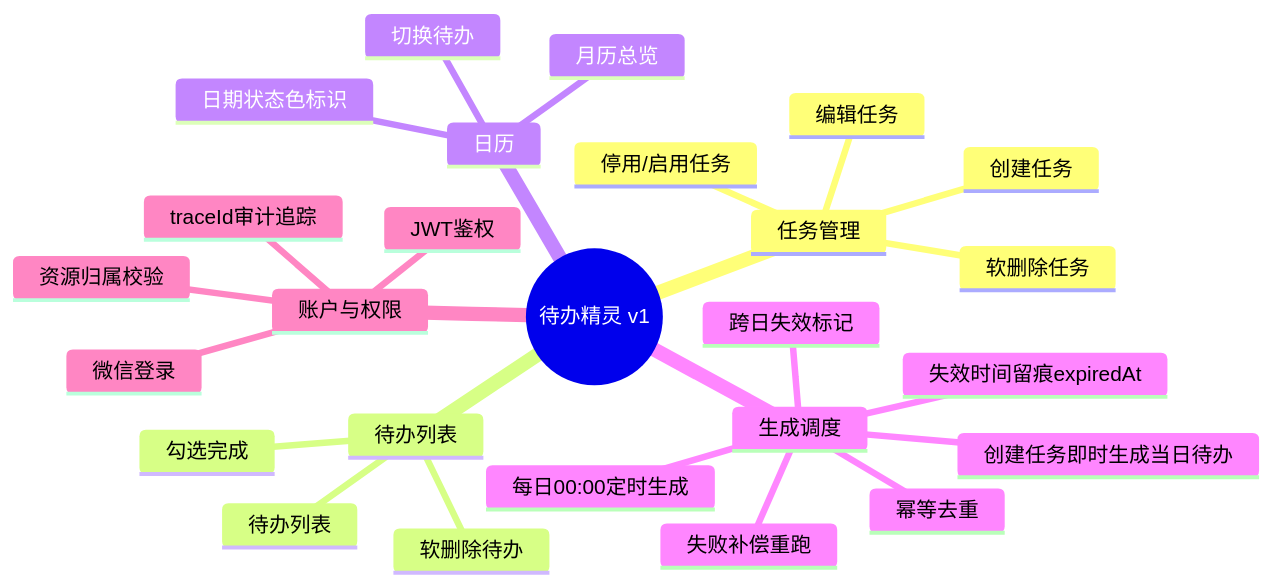
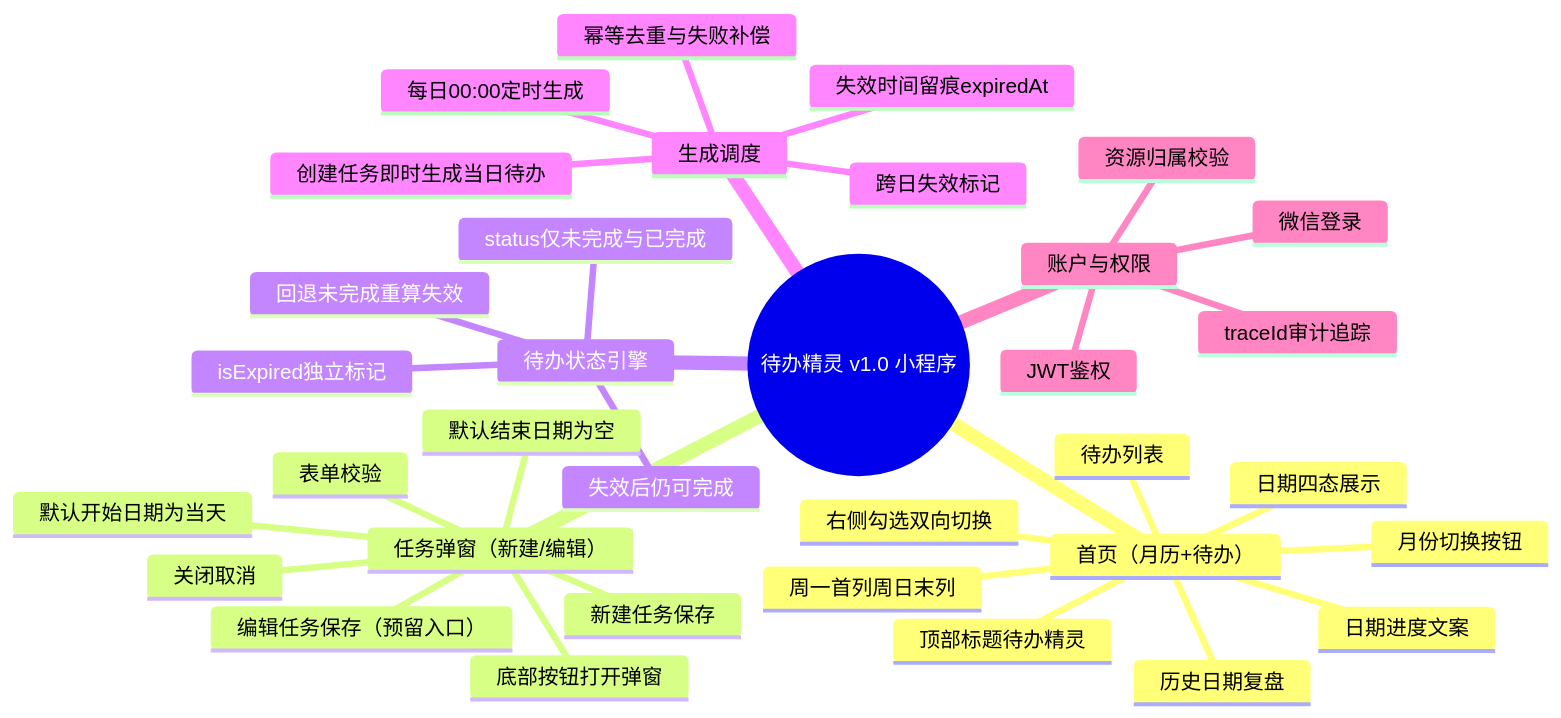
Before and after one commit to xietian-hash/todofairy: the third of 3 diagrams in .document/AI-PRD.md, drawn with Mermaid. The commit also changed other lines of this file and 4 other files, not shown here.

````diff
--- a/.document/AI-PRD.md
+++ b/.document/AI-PRD.md
@@ -274,29 +276,37 @@
 ```mermaid
 mindmap
-  root((待办精灵 v1))
-    任务管理
-      创建任务
-      编辑任务
-      停用/启用任务
-      软删除任务
-    待办列表
+  root((待办精灵 v1.0 小程序))
+    首页（月历+待办）
+      顶部标题待办精灵
+      月份切换按钮
+      周一首列周日末列
+      日期四态展示
+      日期进度文案
       待办列表
-      勾选完成
-      软删除待办
-    日历
-      月历总览
-      日期状态色标识
-      切换待办
+      右侧勾选双向切换
+      历史日期复盘
+    任务弹窗（新建/编辑）
+      底部按钮打开弹窗
+      默认开始日期为当天
+      默认结束日期为空
+      表单校验
+      新建任务保存
+      编辑任务保存（预留入口）
+      关闭取消
+    待办状态引擎
+      status仅未完成与已完成
+      isExpired独立标记
+      失效后仍可完成
+      回退未完成重算失效
     生成调度
       创建任务即时生成当日待办
       每日00:00定时生成
       跨日失效标记
       失效时间留痕expiredAt
-      幂等去重
-      失败补偿重跑
+      幂等去重与失败补偿
     账户与权限
       微信登录
       JWT鉴权
       资源归属校验
       traceId审计追踪
 ```
````
